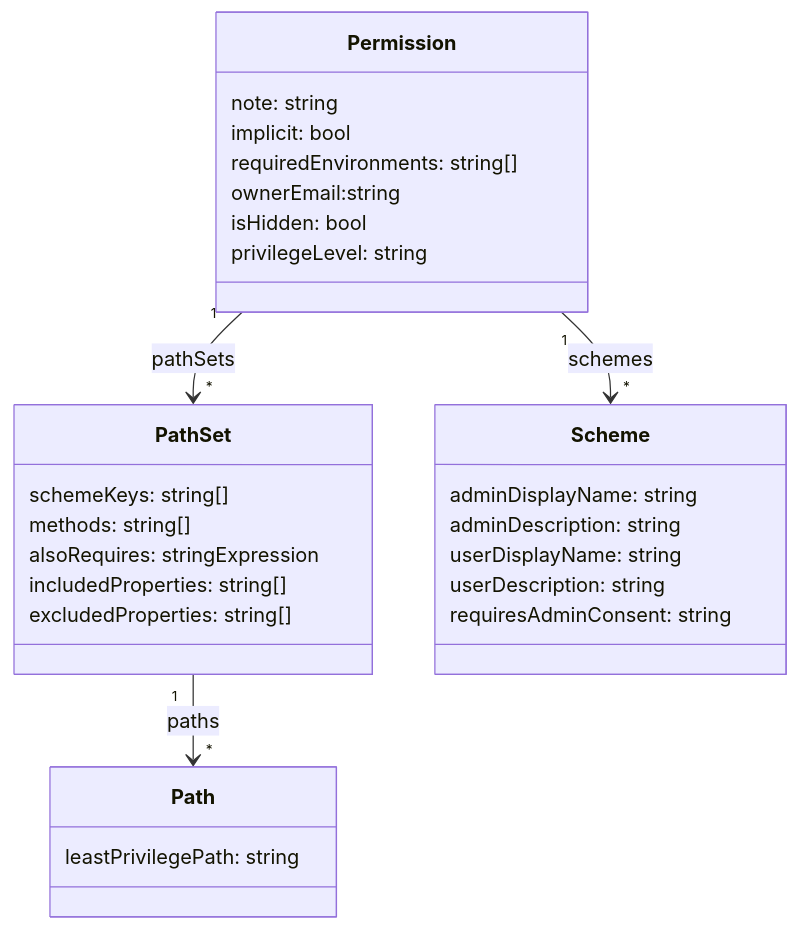
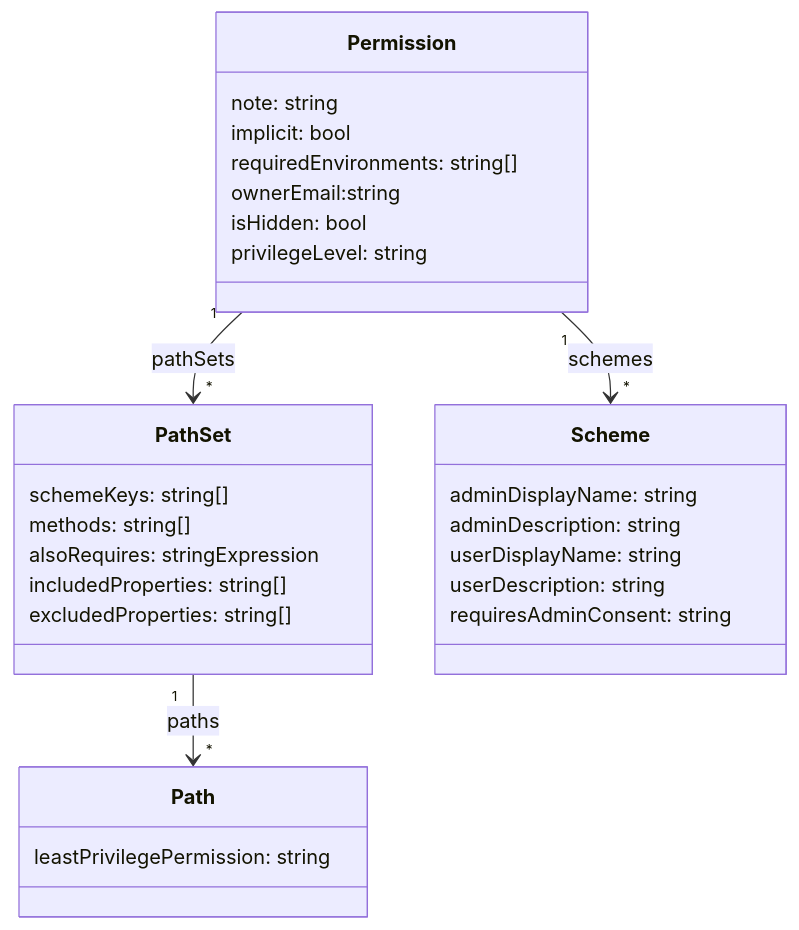
Before and after one commit to microsoftgraph/msgraph-metadata: the diagram in specs/permissions.md, drawn with Mermaid. The commit also changed other lines of this file, not shown here.

Commit message:
renamed leastPrivilegedPath

````diff
--- a/specs/permissions.md
+++ b/specs/permissions.md
@@ -173,36 +171,36 @@
 ```mermaid
 classDiagram
 
     class Permission{
         note: string
         implicit: bool
         requiredEnvironments: string[]
         ownerEmail:string
         isHidden: bool
         privilegeLevel: string
     }
     Permission "1" --> "*" PathSet:pathSets
     Permission "1" --> "*" Scheme:schemes
 
     class PathSet{
         schemeKeys: string[]     
         methods: string[] 
         alsoRequires: stringExpression 
         includedProperties: string[]     
         excludedProperties: string[]     
     }
     PathSet "1" --> "*" Path:paths
 
     class Path{
-        leastPrivilegePath: string
+        leastPrivilegePermission: string
     }
 
     class Scheme{
         adminDisplayName: string
         adminDescription: string
         userDisplayName: string
         userDescription: string
         requiresAdminConsent: string
     }
 
 ```
````
